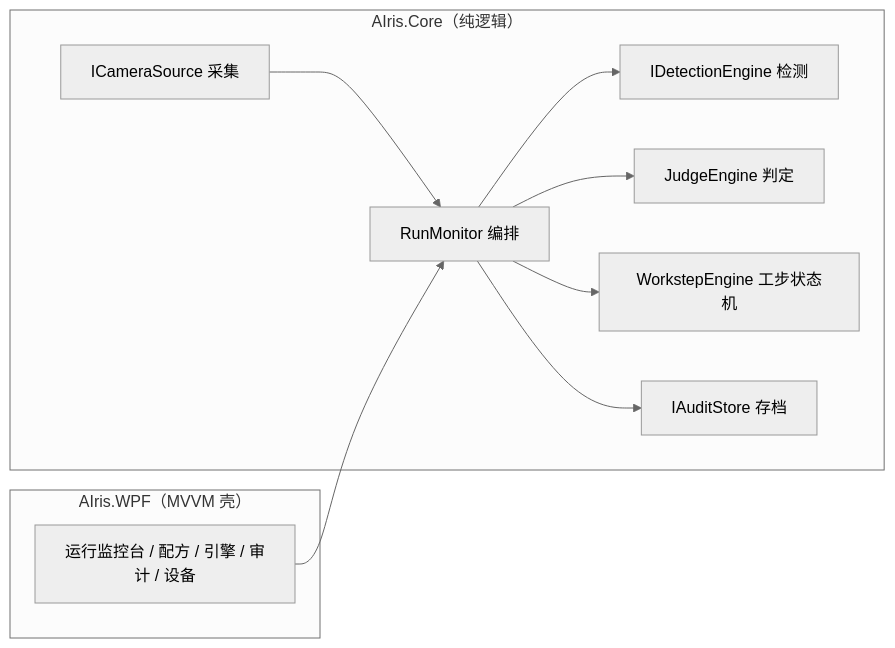
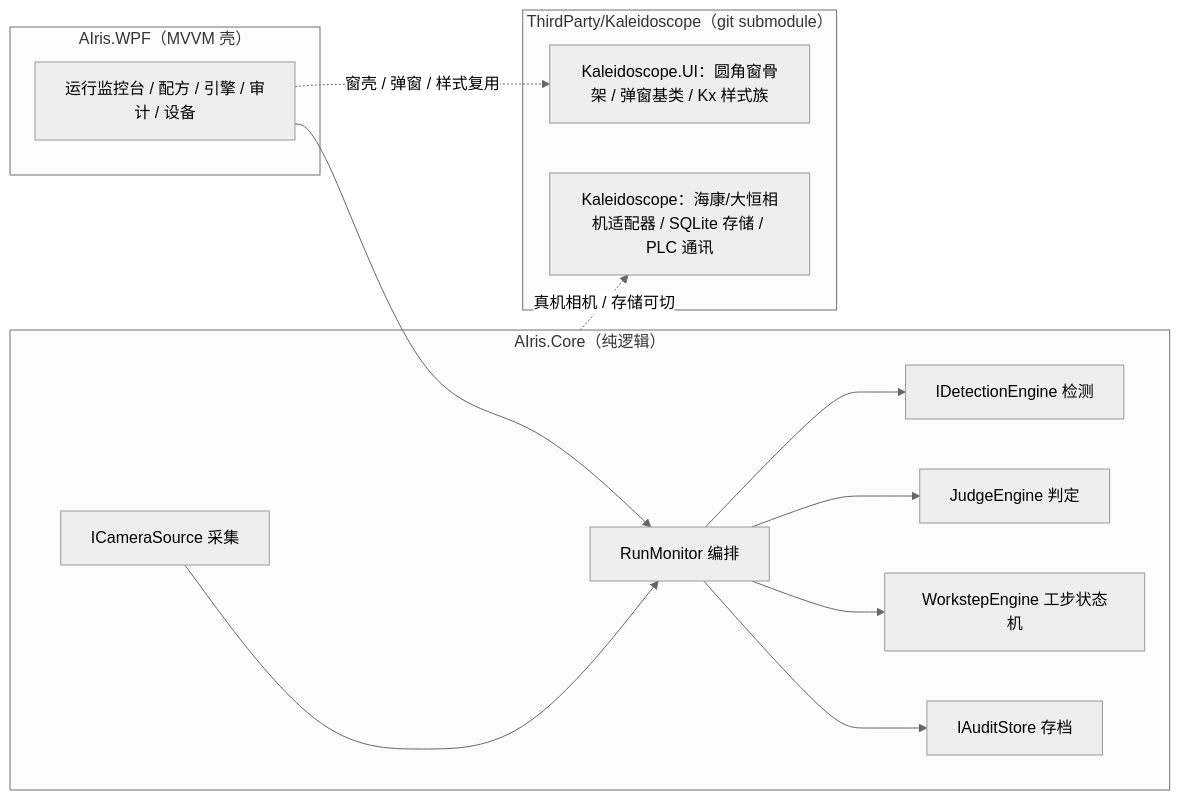
The diagram in README.md (lq700212/AIris), drawn with Mermaid (neutral theme) before and after one commit. The commit also changed other lines of this file and 10 other files, not shown here.

````diff
--- a/README.md
+++ b/README.md
@@ -60,14 +60,20 @@
 ```mermaid
 graph LR
     subgraph WPF["AIris.WPF（MVVM 壳）"]
         UI["运行监控台 / 配方 / 引擎 / 审计 / 设备"]
     end
     subgraph CORE["AIris.Core（纯逻辑）"]
         CAM["ICameraSource 采集"] --> MON["RunMonitor 编排"]
         MON --> ENG["IDetectionEngine 检测"]
         MON --> JUDGE["JudgeEngine 判定"]
         MON --> STEP["WorkstepEngine 工步状态机"]
         MON --> AUD["IAuditStore 存档"]
     end
+    subgraph KAL["ThirdParty/Kaleidoscope（git submodule）"]
+        KUI["Kaleidoscope.UI：圆角窗骨架 / 弹窗基类 / Kx 样式族"]
+        KLIB["Kaleidoscope：海康/大恒相机适配器 / SQLite 存储 / PLC 通讯"]
+    end
     UI --> MON
+    UI -.->|"窗壳 / 弹窗 / 样式复用"| KUI
+    CORE -.->|"真机相机 / 存储可切"| KLIB
 ```
````
